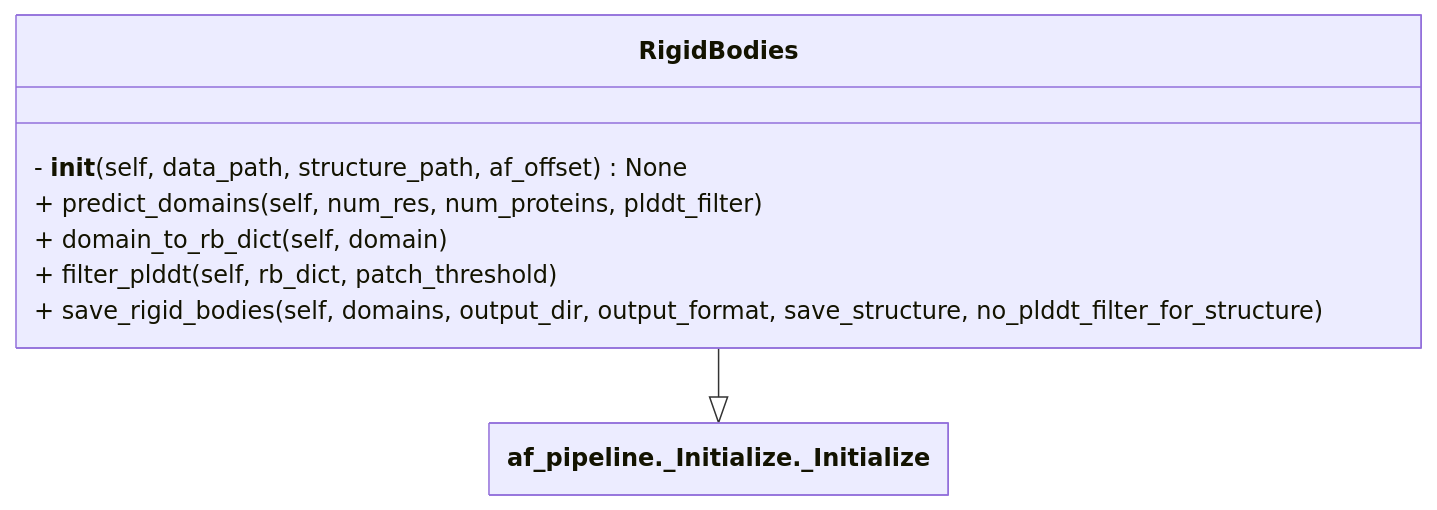
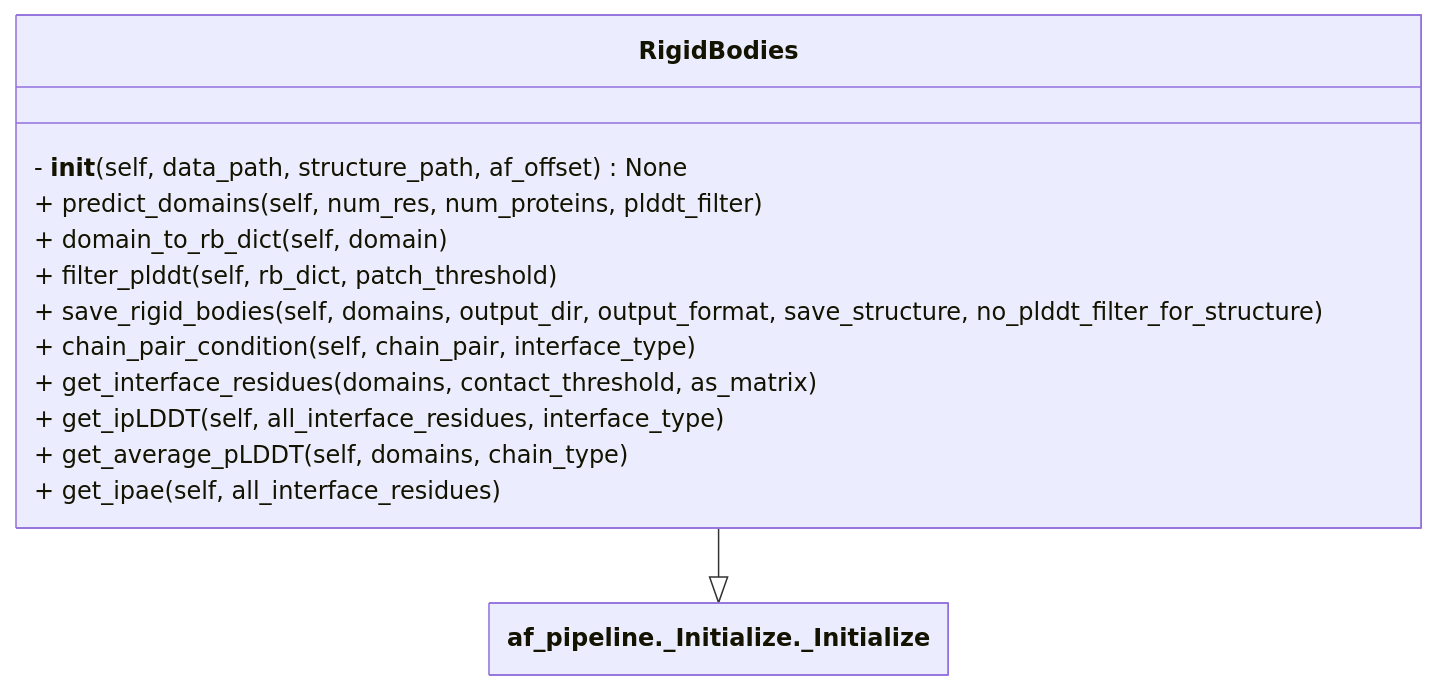
One commit to isblab/IMP_Toolbox changed the diagram in docs/af_pipeline/RigidBodies.md. Above: the diagram before and after it, drawn with Mermaid. The commit also changed other lines of this file and 6 other files, not shown here.

````diff
--- a/docs/af_pipeline/RigidBodies.md
+++ b/docs/af_pipeline/RigidBodies.md
@@ -11,17 +11,22 @@
 ```mermaid
 ---
 config:
   class:
     hideEmptyMembersBox: True
 ---
 classDiagram
     class RigidBodies {
         - __init__(self, data_path, structure_path, af_offset) None
         + predict_domains(self, num_res, num_proteins, plddt_filter)
         + domain_to_rb_dict(self, domain)
         + filter_plddt(self, rb_dict, patch_threshold)
         + save_rigid_bodies(self, domains, output_dir, output_format, save_structure, no_plddt_filter_for_structure)
+        + chain_pair_condition(self, chain_pair, interface_type)
+        + get_interface_residues(domains, contact_threshold, as_matrix)
+        + get_ipLDDT(self, all_interface_residues, interface_type)
+        + get_average_pLDDT(self, domains, chain_type)
+        + get_ipae(self, all_interface_residues)
     }
 
     RigidBodies --|> `af_pipeline._Initialize._Initialize`
 ```
````
